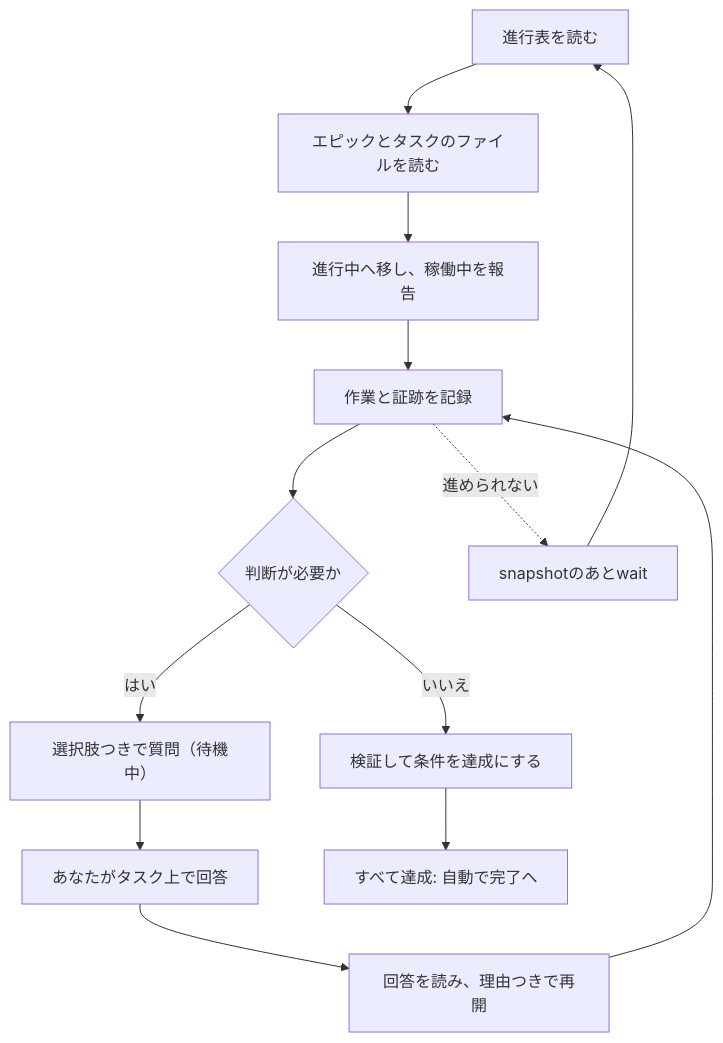
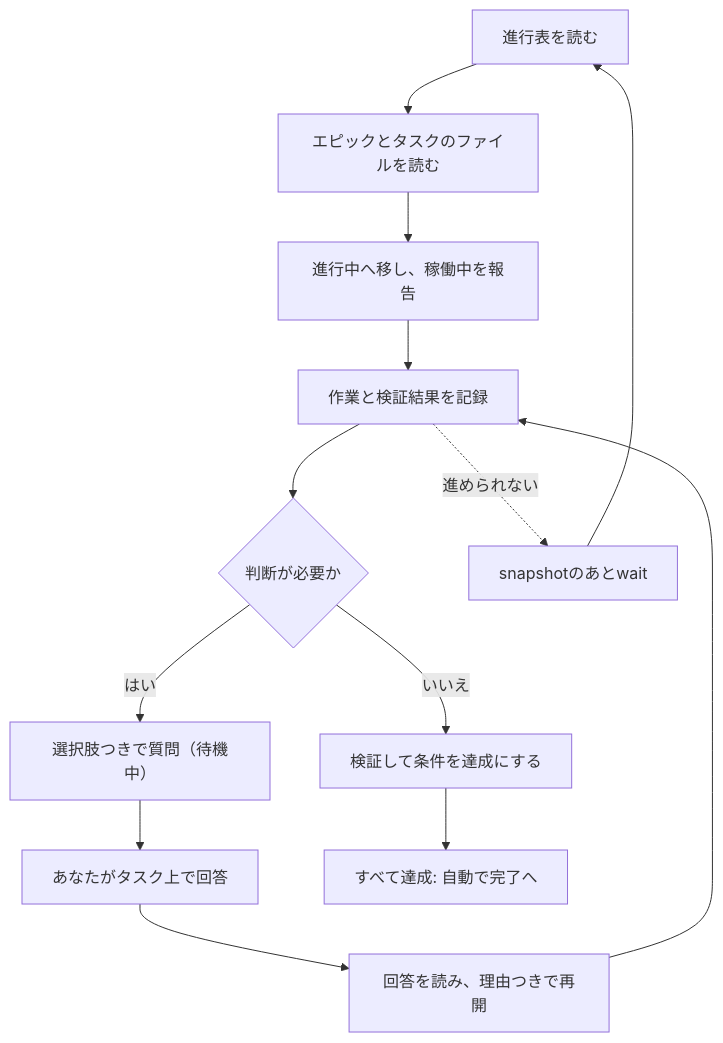
Before and after one commit to FooQoo/agent-board: the diagram in docs/ja/guide/automation/agents.md, drawn with Mermaid. The commit also changed other lines of this file and 55 other files, not shown here.

````diff
--- a/docs/ja/guide/automation/agents.md
+++ b/docs/ja/guide/automation/agents.md
@@ -44,15 +44,15 @@
 ```mermaid
 flowchart TD
     P["進行表を読む"] --> R["エピックとタスクのファイルを読む"]
     R --> D["進行中へ移し、稼働中を報告"]
-    D --> L["作業と証跡を記録"]
+    D --> L["作業と検証結果を記録"]
     L --> Q{"判断が必要か"}
     Q -- はい --> PE["選択肢つきで質問（待機中）"]
     PE --> A["あなたがタスク上で回答"]
     A --> RE["回答を読み、理由つきで再開"]
     RE --> L
     Q -- いいえ --> V["検証して条件を達成にする"]
     V --> DN["すべて達成: 自動で完了へ"]
     L -. 進められない .-> W["snapshotのあとwait"]
     W --> P
 ```
````
